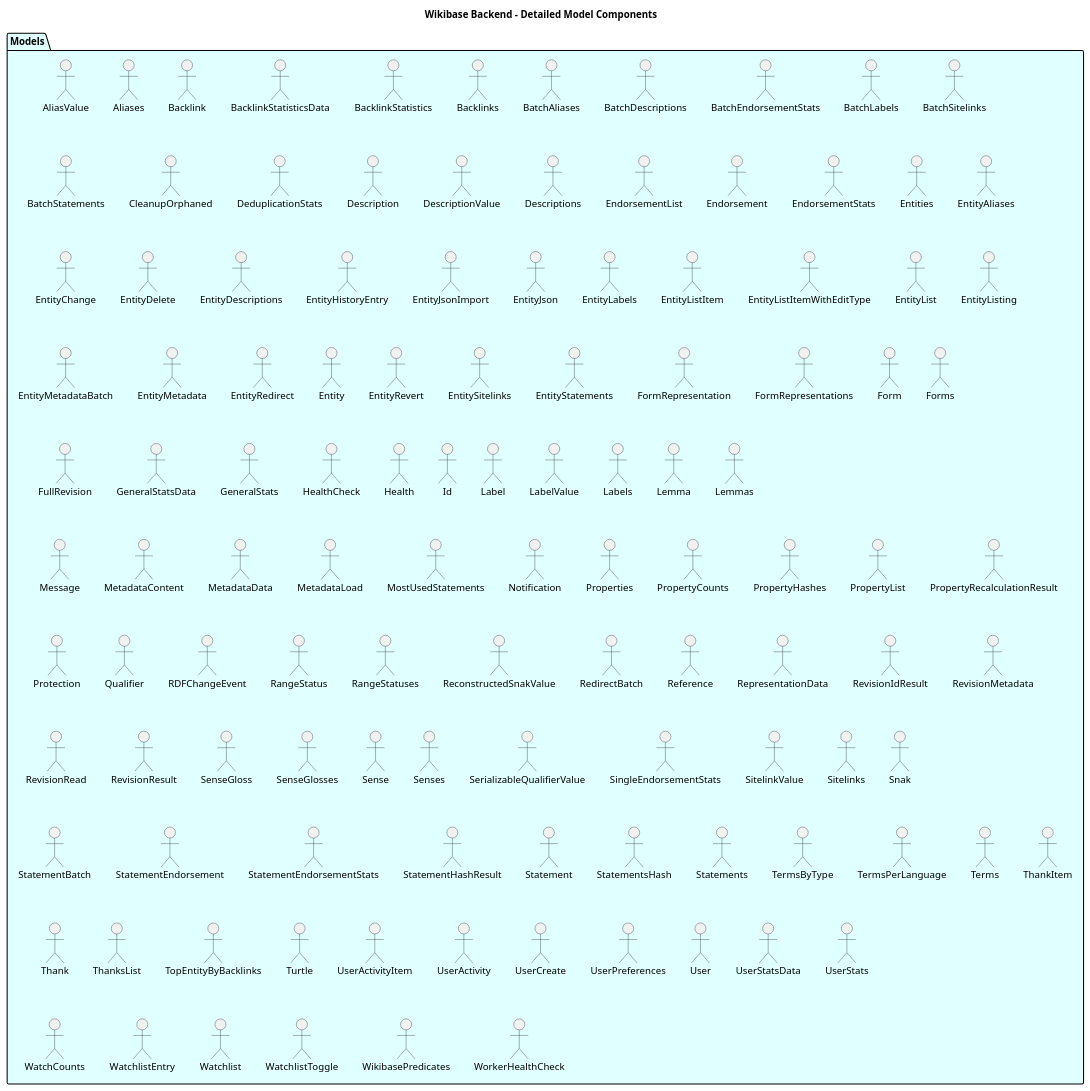
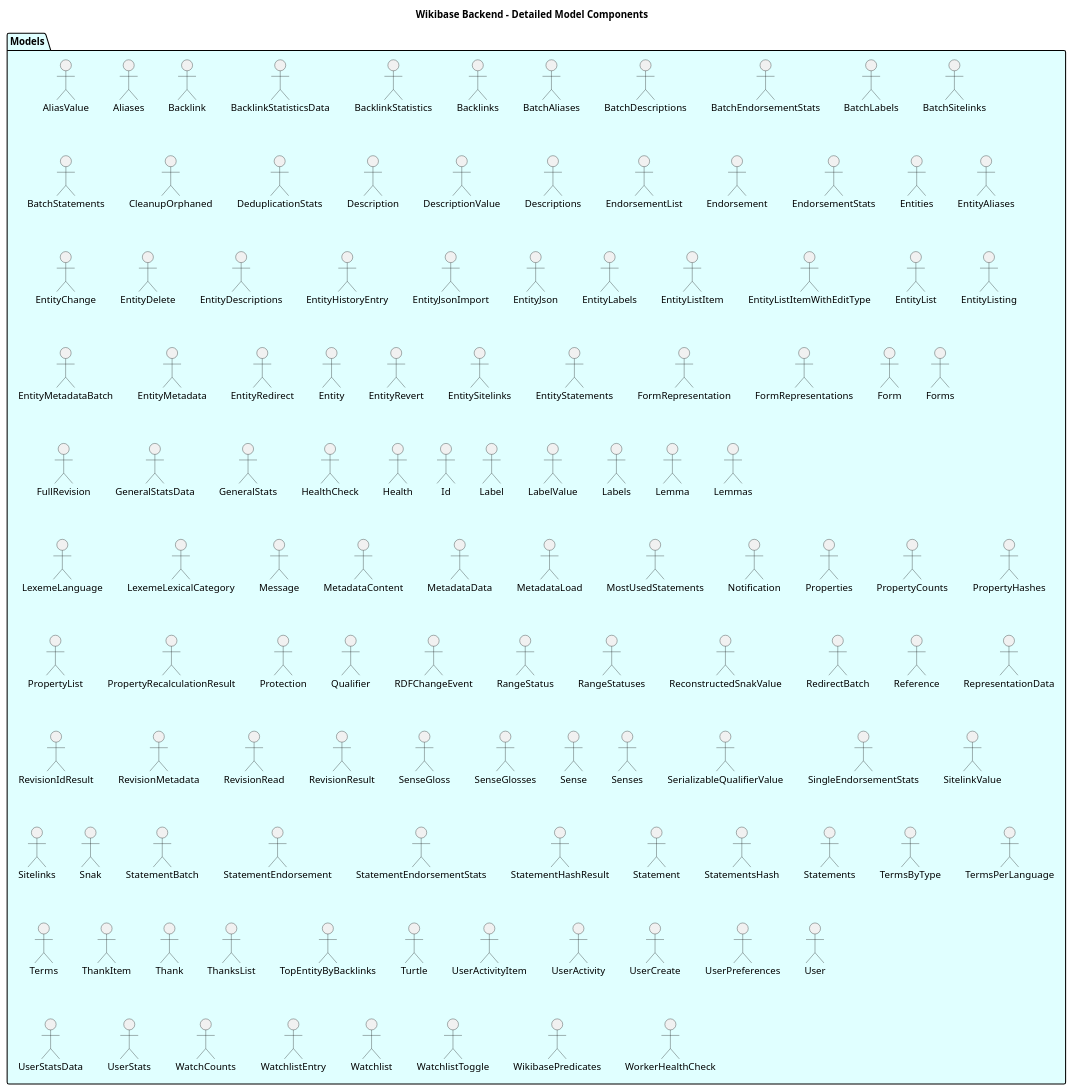
Before and after one commit to dpriskorn/entitybase-backend: the diagram in docs/DIAGRAMS/detailed_model_components.puml, drawn with PlantUML. The commit also changed 23 other files, not shown here.

```diff
--- a/docs/DIAGRAMS/detailed_model_components.puml
+++ b/docs/DIAGRAMS/detailed_model_components.puml
@@ -1,124 +1,126 @@
 @startuml Detailed Model Components
 
 title Wikibase Backend - Detailed Model Components
 
 package "Models" as Models #LightCyan {
     "AliasValue" as AliasValue
     "Aliases" as AliasesResponse
     "Backlink" as BacklinkResponse
     "BacklinkStatisticsData" as BacklinkStatisticsData
     "BacklinkStatistics" as BacklinkStatisticsResponse
     "Backlinks" as BacklinksResponse
     "BatchAliases" as BatchAliasesResponse
     "BatchDescriptions" as BatchDescriptionsResponse
     "BatchEndorsementStats" as BatchEndorsementStatsResponse
     "BatchLabels" as BatchLabelsResponse
     "BatchSitelinks" as BatchSitelinksResponse
     "BatchStatements" as BatchStatementsResponse
     "CleanupOrphaned" as CleanupOrphanedResponse
     "DeduplicationStats" as DeduplicationStatsResponse
     "Description" as DescriptionResponse
     "DescriptionValue" as DescriptionValue
     "Descriptions" as DescriptionsResponse
     "EndorsementList" as EndorsementListResponse
     "Endorsement" as EndorsementResponse
     "EndorsementStats" as EndorsementStatsResponse
     "Entities" as EntitiesResponse
     "EntityAliases" as EntityAliasesResponse
     "EntityChange" as EntityChange
     "EntityDelete" as EntityDeleteResponse
     "EntityDescriptions" as EntityDescriptionsResponse
     "EntityHistoryEntry" as EntityHistoryEntry
     "EntityJsonImport" as EntityJsonImportResponse
     "EntityJson" as EntityJsonResponse
     "EntityLabels" as EntityLabelsResponse
     "EntityListItem" as EntityListItem
     "EntityListItemWithEditType" as EntityListItemWithEditType
     "EntityList" as EntityListResponse
     "EntityListing" as EntityListing
     "EntityMetadataBatch" as EntityMetadataBatchResponse
     "EntityMetadata" as EntityMetadataResponse
     "EntityRedirect" as EntityRedirectResponse
     "Entity" as EntityResponse
     "EntityRevert" as EntityRevertResponse
     "EntitySitelinks" as EntitySitelinksResponse
     "EntityStatements" as EntityStatementsResponse
     "FormRepresentation" as FormRepresentationResponse
     "FormRepresentations" as FormRepresentationsResponse
     "Form" as FormResponse
     "Forms" as FormsResponse
     "FullRevision" as FullRevisionResponse
     "GeneralStatsData" as GeneralStatsData
     "GeneralStats" as GeneralStatsResponse
     "HealthCheck" as HealthCheckResponse
     "Health" as HealthResponse
     "Id" as IdResponse
     "Label" as LabelResponse
     "LabelValue" as LabelValue
     "Labels" as LabelsResponse
     "Lemma" as LemmaResponse
     "Lemmas" as LemmasResponse
+    "LexemeLanguage" as LexemeLanguageResponse
+    "LexemeLexicalCategory" as LexemeLexicalCategoryResponse
     "Message" as MessageResponse
     "MetadataContent" as MetadataContent
     "MetadataData" as MetadataData
     "MetadataLoad" as MetadataLoadResponse
     "MostUsedStatements" as MostUsedStatementsResponse
     "Notification" as NotificationResponse
     "Properties" as PropertiesResponse
     "PropertyCounts" as PropertyCountsResponse
     "PropertyHashes" as PropertyHashesResponse
     "PropertyList" as PropertyListResponse
     "PropertyRecalculationResult" as PropertyRecalculationResult
     "Protection" as ProtectionResponse
     "Qualifier" as QualifierResponse
     "RDFChangeEvent" as RDFChangeEvent
     "RangeStatus" as RangeStatus
     "RangeStatuses" as RangeStatuses
     "ReconstructedSnakValue" as ReconstructedSnakValue
     "RedirectBatch" as RedirectBatchResponse
     "Reference" as ReferenceResponse
     "RepresentationData" as RepresentationData
     "RevisionIdResult" as RevisionIdResult
     "RevisionMetadata" as RevisionMetadataResponse
     "RevisionRead" as RevisionReadResponse
     "RevisionResult" as RevisionResult
     "SenseGloss" as SenseGlossResponse
     "SenseGlosses" as SenseGlossesResponse
     "Sense" as SenseResponse
     "Senses" as SensesResponse
     "SerializableQualifierValue" as SerializableQualifierValue
     "SingleEndorsementStats" as SingleEndorsementStatsResponse
     "SitelinkValue" as SitelinkValue
     "Sitelinks" as SitelinksResponse
     "Snak" as SnakResponse
     "StatementBatch" as StatementBatchResponse
     "StatementEndorsement" as StatementEndorsementResponse
     "StatementEndorsementStats" as StatementEndorsementStats
     "StatementHashResult" as StatementHashResult
     "Statement" as StatementResponse
     "StatementsHash" as StatementsHashResponse
     "Statements" as StatementsResponse
     "TermsByType" as TermsByType
     "TermsPerLanguage" as TermsPerLanguage
     "Terms" as TermsResponse
     "ThankItem" as ThankItemResponse
     "Thank" as ThankResponse
     "ThanksList" as ThanksListResponse
     "TopEntityByBacklinks" as TopEntityByBacklinks
     "Turtle" as TurtleResponse
     "UserActivityItem" as UserActivityItemResponse
     "UserActivity" as UserActivityResponse
     "UserCreate" as UserCreateResponse
     "UserPreferences" as UserPreferencesResponse
     "User" as UserResponse
     "UserStatsData" as UserStatsData
     "UserStats" as UserStatsResponse
     "WatchCounts" as WatchCounts
     "WatchlistEntry" as WatchlistEntryResponse
     "Watchlist" as WatchlistResponse
     "WatchlistToggle" as WatchlistToggleResponse
     "WikibasePredicates" as WikibasePredicatesResponse
     "WorkerHealthCheck" as WorkerHealthCheckResponse
 }
 
 @enduml
```
